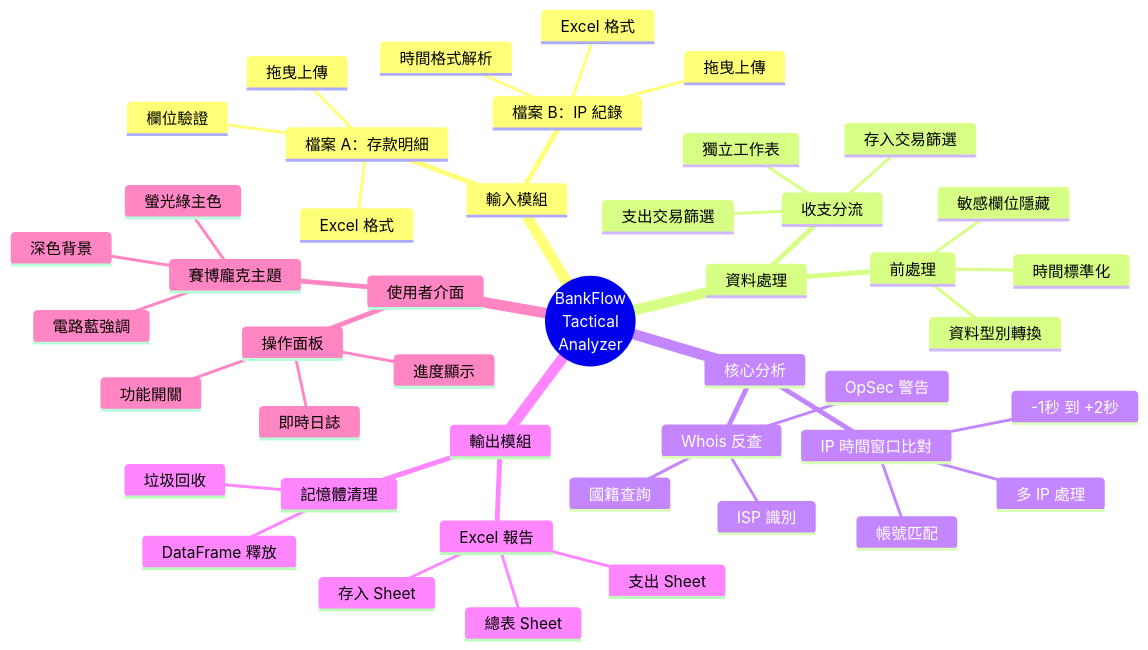
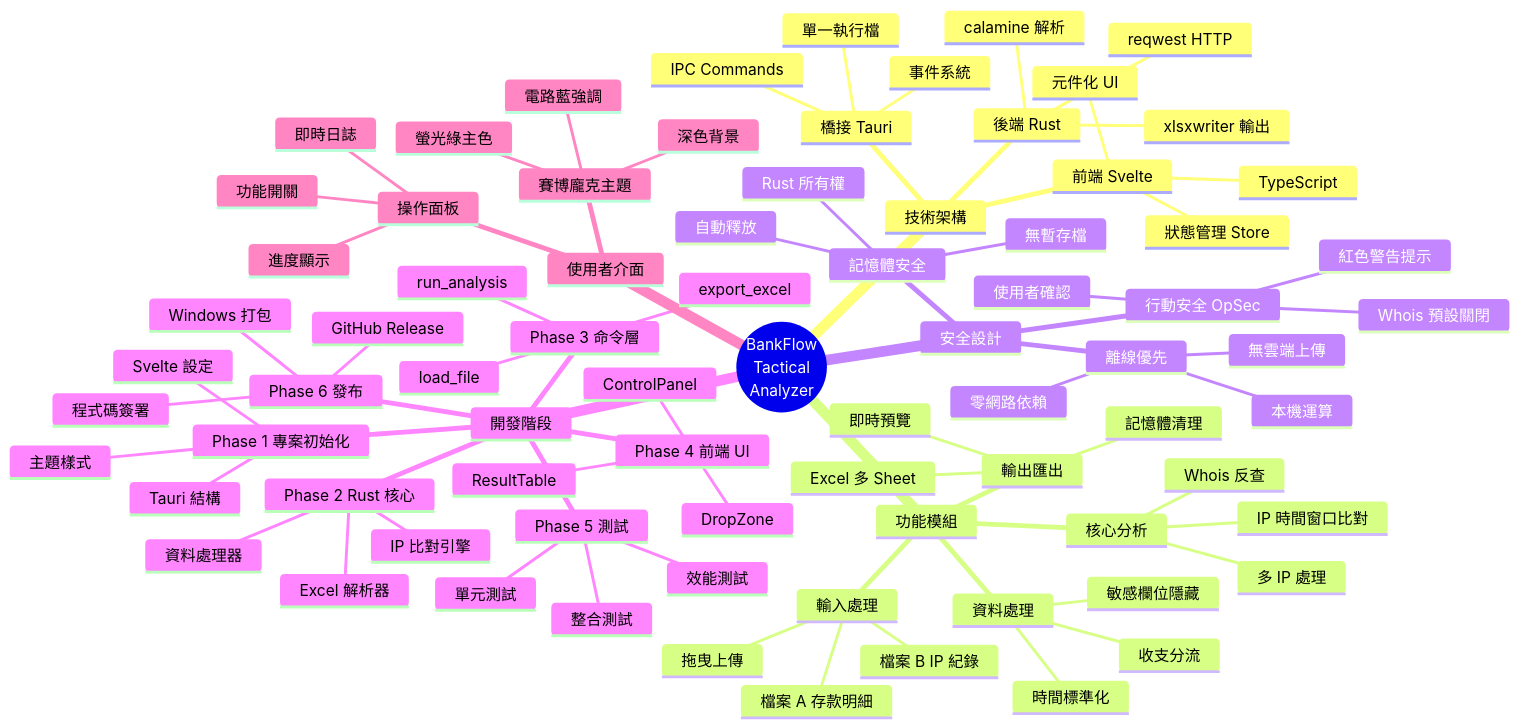
The first of 4 diagrams in docs/PROJECT.md (Birdman1972/BankFlow-Tactical-Analyzer), drawn with Mermaid before and after one commit. The commit also changed 4 other files, not shown here.

````diff
--- a/docs/PROJECT.md
+++ b/docs/PROJECT.md
@@ -67,48 +67,81 @@
 ```mermaid
 mindmap
   root((BankFlow<br/>Tactical<br/>Analyzer))
-    輸入模組
-      檔案 A：存款明細
-        Excel 格式
+    技術架構
+      前端 Svelte
+        元件化 UI
+        狀態管理 Store
+        TypeScript
+      橋接 Tauri
+        IPC Commands
+        事件系統
+        單一執行檔
+      後端 Rust
+        calamine 解析
+        xlsxwriter 輸出
+        reqwest HTTP
+    功能模組
+      輸入處理
+        檔案 A 存款明細
+        檔案 B IP 紀錄
         拖曳上傳
-        欄位驗證
-      檔案 B：IP 紀錄
-        Excel 格式
-        拖曳上傳
-        時間格式解析
-    資料處理
-      前處理
+      資料處理
         敏感欄位隱藏
-        資料型別轉換
+        收支分流
         時間標準化
-      收支分流
-        存入交易篩選
-        支出交易篩選
-        獨立工作表
-    核心分析
-      IP 時間窗口比對
-        -1秒 到 +2秒
-        帳號匹配
+      核心分析
+        IP 時間窗口比對
+        Whois 反查
         多 IP 處理
-      Whois 反查
-        國籍查詢
-        ISP 識別
-        OpSec 警告
-    輸出模組
-      Excel 報告
-        總表 Sheet
-        存入 Sheet
-        支出 Sheet
-      記憶體清理
-        DataFrame 釋放
-        垃圾回收
+      輸出匯出
+        Excel 多 Sheet
+        即時預覽
+        記憶體清理
+    安全設計
+      離線優先
+        本機運算
+        無雲端上傳
+        零網路依賴
+      記憶體安全
+        Rust 所有權
+        自動釋放
+        無暫存檔
+      行動安全 OpSec
+        Whois 預設關閉
+        紅色警告提示
+        使用者確認
+    開發階段
+      Phase 1 專案初始化
+        Tauri 結構
+        Svelte 設定
+        主題樣式
+      Phase 2 Rust 核心
+        Excel 解析器
+        IP 比對引擎
+        資料處理器
+      Phase 3 命令層
+        load_file
+        run_analysis
+        export_excel
+      Phase 4 前端 UI
+        DropZone
+        ControlPanel
+        ResultTable
+      Phase 5 測試
+        單元測試
+        整合測試
+        效能測試
+      Phase 6 發布
+        Windows 打包
+        程式碼簽署
+        GitHub Release
     使用者介面
       賽博龐克主題
         深色背景
         螢光綠主色
         電路藍強調
       操作面板
         功能開關
         即時日誌
         進度顯示
 ```
````
